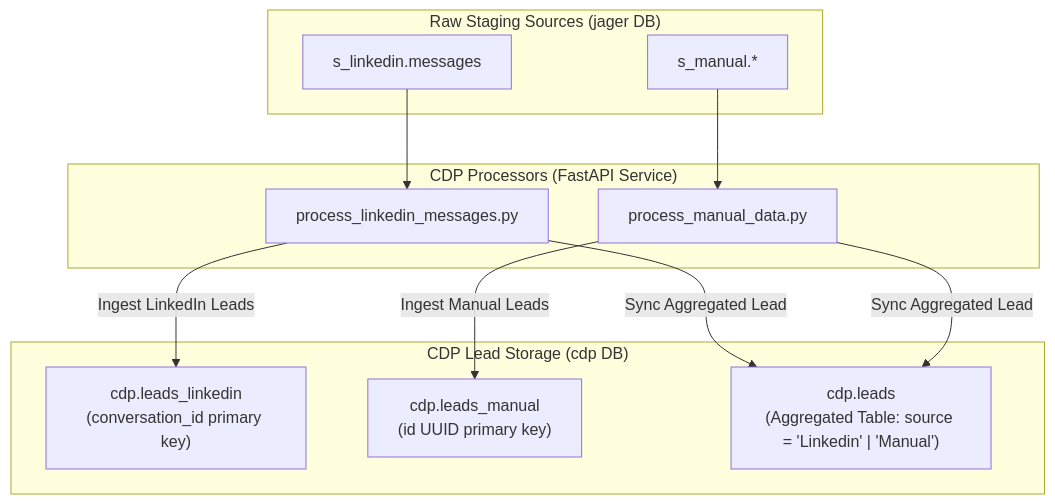
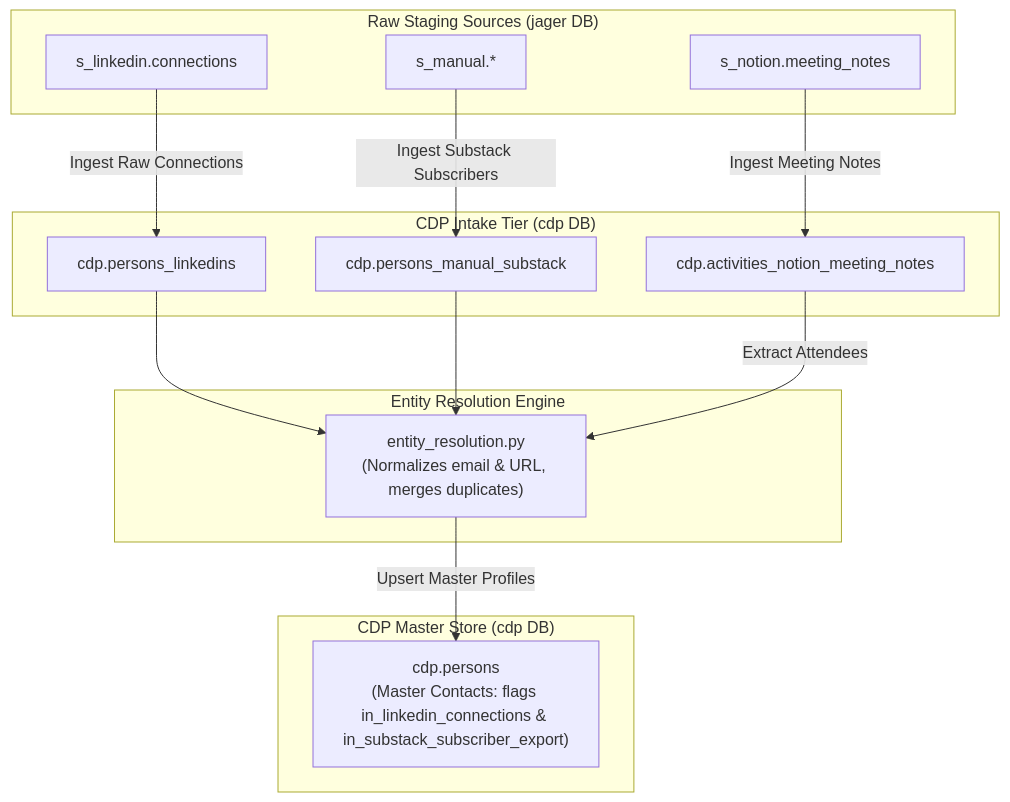
The first of 4 diagrams in src/cdp/README.md (Data-Biz-AI-Consultancy/Jager), drawn with Mermaid before and after one commit. The commit also changed other lines of this file and 10 other files, not shown here.

First line of the commit message:
feat: implement decoupled entity resolution and update intake schemas to ingest raw records into cdp.persons_linkedins (#284)

````diff
--- a/src/cdp/README.md
+++ b/src/cdp/README.md
@@ -34,27 +36,32 @@
 ```mermaid
 flowchart TD
     subgraph RawSources["Raw Staging Sources (jager DB)"]
-        SLI["s_linkedin.messages"]
+        SLI["s_linkedin.connections"]
         SM["s_manual.*"]
+        NMN["s_notion.meeting_notes"]
     end
 
-    subgraph CDPProcessors["CDP Processors (FastAPI Service)"]
-        PLM["process_linkedin_messages.py"]
-        PMD["process_manual_data.py"]
+    subgraph IntakeTier["CDP Intake Tier (cdp DB)"]
+        PLI["cdp.persons_linkedins"]
+        PMS["cdp.persons_manual_substack"]
+        AMN["cdp.activities_notion_meeting_notes"]
     end
 
-    subgraph CDPStore["CDP Lead Storage (cdp DB)"]
-        LL["cdp.leads_linkedin<br/>(conversation_id primary key)"]
-        LM["cdp.leads_manual<br/>(id UUID primary key)"]
-        L["cdp.leads<br/>(Aggregated Table: source = 'Linkedin' | 'Manual')"]
+    subgraph EntityResolution["Entity Resolution Engine"]
+        ER["entity_resolution.py<br/>(Normalizes email & URL, merges duplicates)"]
     end
 
-    SLI --> PLM
-    SM --> PMD
+    subgraph CDPStore["CDP Master Store (cdp DB)"]
+        P["cdp.persons<br/>(Master Contacts: flags in_linkedin_connections & in_substack_subscriber_export)"]
+    end
 
-    PLM -->|Ingest LinkedIn Leads| LL
-    PLM -->|Sync Aggregated Lead| L
+    SLI -->|Ingest Raw Connections| PLI
+    SM -->|Ingest Substack Subscribers| PMS
+    NMN -->|Ingest Meeting Notes| AMN
 
-    PMD -->|Ingest Manual Leads| LM
-    PMD -->|Sync Aggregated Lead| L
+    PLI --> ER
+    PMS --> ER
+    AMN -->|Extract Attendees| ER
+
+    ER -->|Upsert Master Profiles| P
 ```
````
